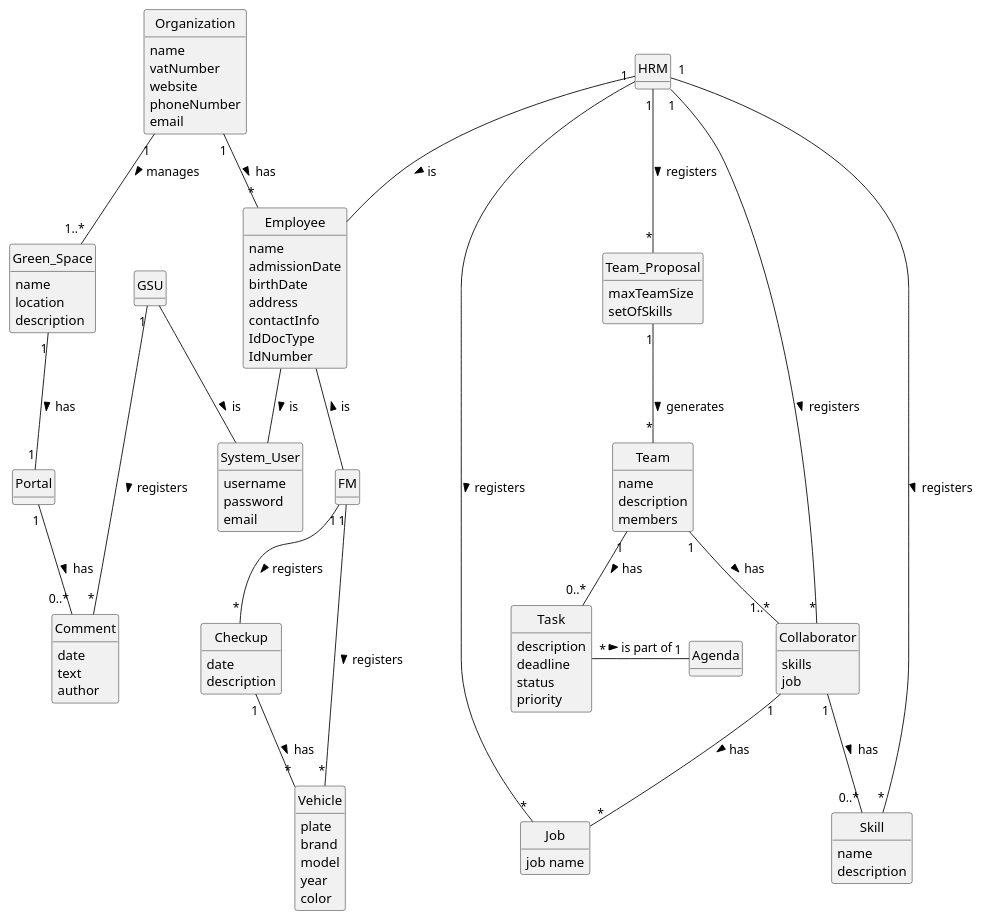
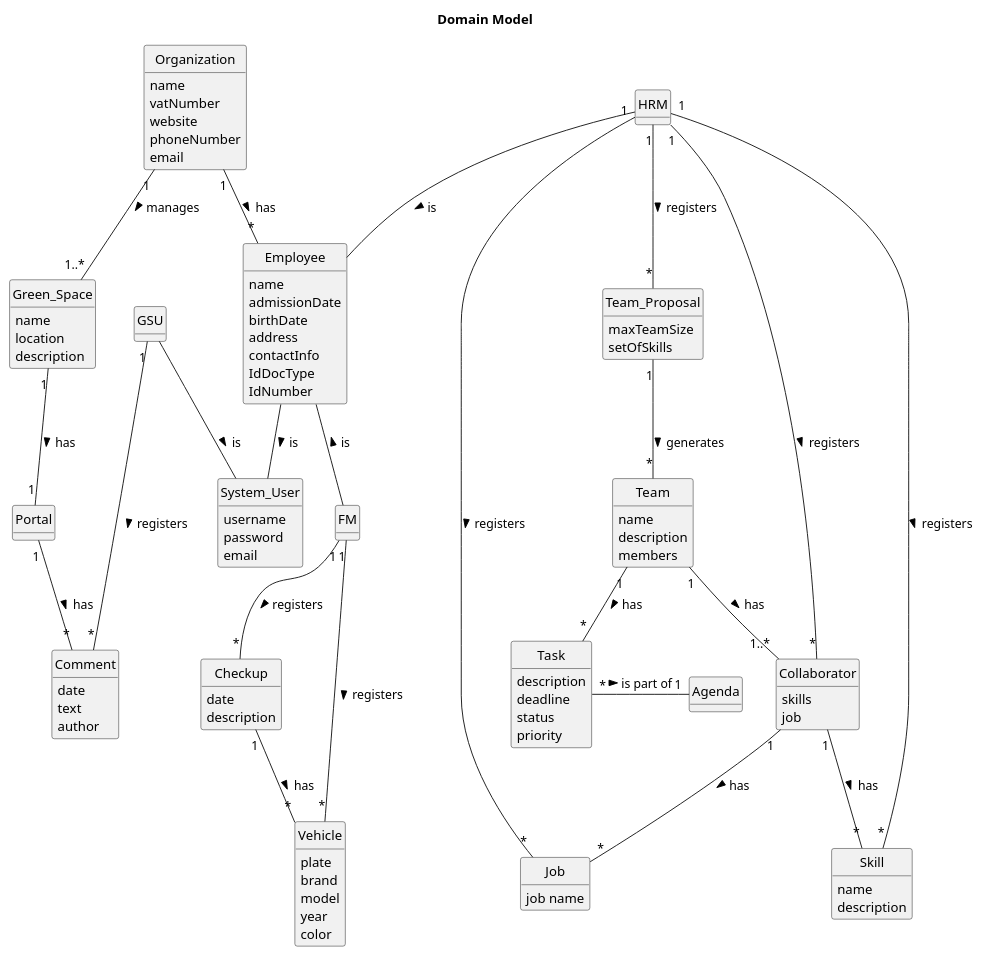
Before and after one commit to Rui-San/LAPR2_2023_2024: the diagram in docs/sprintA/global-artifacts/02.analysis/puml/project-domain-model.puml, drawn with PlantUML. The commit also changed 6 other files, not shown here.

First line of the commit message:
- US001: Created Domain Model .puml and .svg

```diff
--- a/docs/sprintA/global-artifacts/02.analysis/puml/project-domain-model.puml
+++ b/docs/sprintA/global-artifacts/02.analysis/puml/project-domain-model.puml
@@ -1,137 +1,137 @@
 @startuml
 skinparam monochrome true
 skinparam packageStyle rectangle
 skinparam shadowing false
 'skinparam linetype ortho
 'left to right direction
 skinparam classAttributeIconSize 0
 hide circle
 hide methods
 
-'title Domain Model
+title Domain Model
 
 class Organization {
     name
     vatNumber
     website
     phoneNumber
     email
 }
 
 class Employee {
     name
     admissionDate
     birthDate
     address
     contactInfo
     IdDocType
     IdNumber
 }
 
 class HRM{
 
 }
 
 class FM{
 
 }
 
 class Collaborator{
     skills
     job
 }
 
 class Skill{
     name
     description
 }
 
 class Job{
     job name
 }
 
 class Vehicle{
     plate
     brand
     model
     year
     color
 }
 
 class Checkup{
     date
     description
 }
 
 class Team_Proposal{
     maxTeamSize
     setOfSkills
 }
 
 class Team{
     name
     description
     members
 }
 
 class Agenda{
 
 }
 
 class Task{
     description
     deadline
     status
     priority
 }
 
 class System_User{
     username
     password
     email
 }
 
 class GSU{
 
 }
 
 class Portal{
 
 }
 
 class Comment{
     date
     text
     author
 }
 
 class Green_Space{
     name
     location
     description
 }
 
 Organization "1" -- "1..*" Green_Space : "manages >"
 Green_Space "1" -- "1" Portal : "has >"
 GSU -- System_User : "is >"
 Employee -- System_User : "is >"
 Organization "1" -- "*" Employee : "has >"
 HRM -- Employee : "is >"
 FM --up Employee : "is >"
 HRM "1" -- "*" Job : "registers >"
 HRM "1" -- "*" Collaborator : "registers >"
 HRM "1" -- "*" Skill : "registers >"
-Collaborator "1" -- "0..*" Skill : "has >"
+Collaborator "1" -- "*" Skill : "has >"
 Collaborator "1" -- "*" Job : "has >"
 Checkup "1" -- "*" Vehicle : "has >"
 FM "1" -- "*" Vehicle : "registers >"
 FM "1" -- "*" Checkup : "registers >"
 HRM "1" -- "*" Team_Proposal : "registers >"
 Task "*" --right "1" Agenda : "is part of >"
-Team "1" -- "0..*" Task : "has >"
-Portal "1" -- "0..*" Comment : "has >"
+Team "1" -- "*" Task : "has >"
+Portal "1" -- "*" Comment : "has >"
 GSU "1" -- "*" Comment : "registers >"
 Team_Proposal "1" -- "*" Team : "generates >"
 Team "1" -- "1..*" Collaborator : "has >"
 
 @enduml
```
